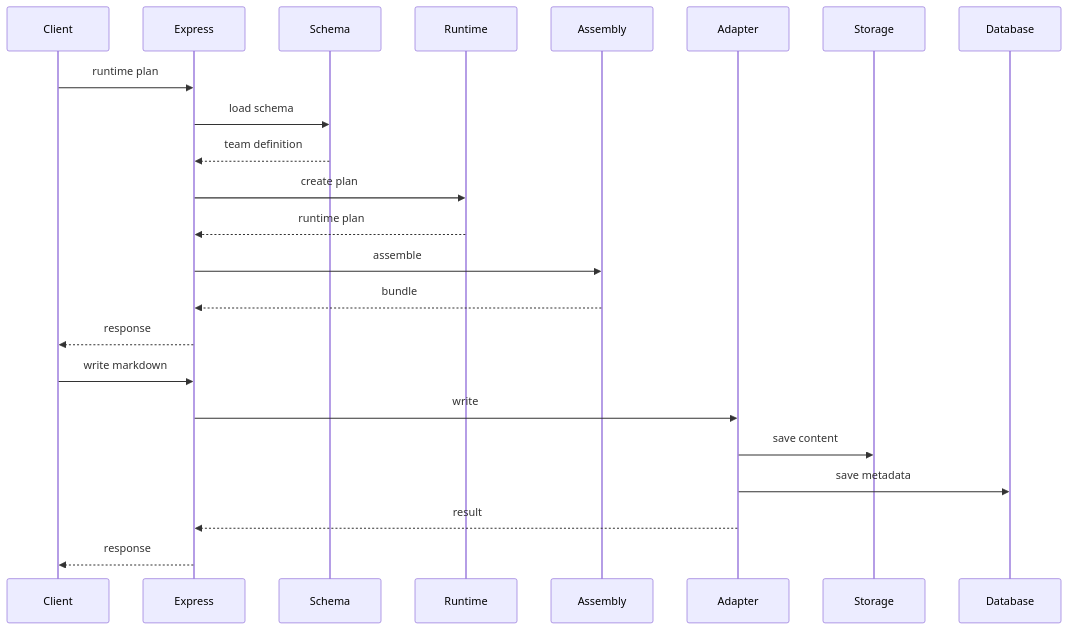
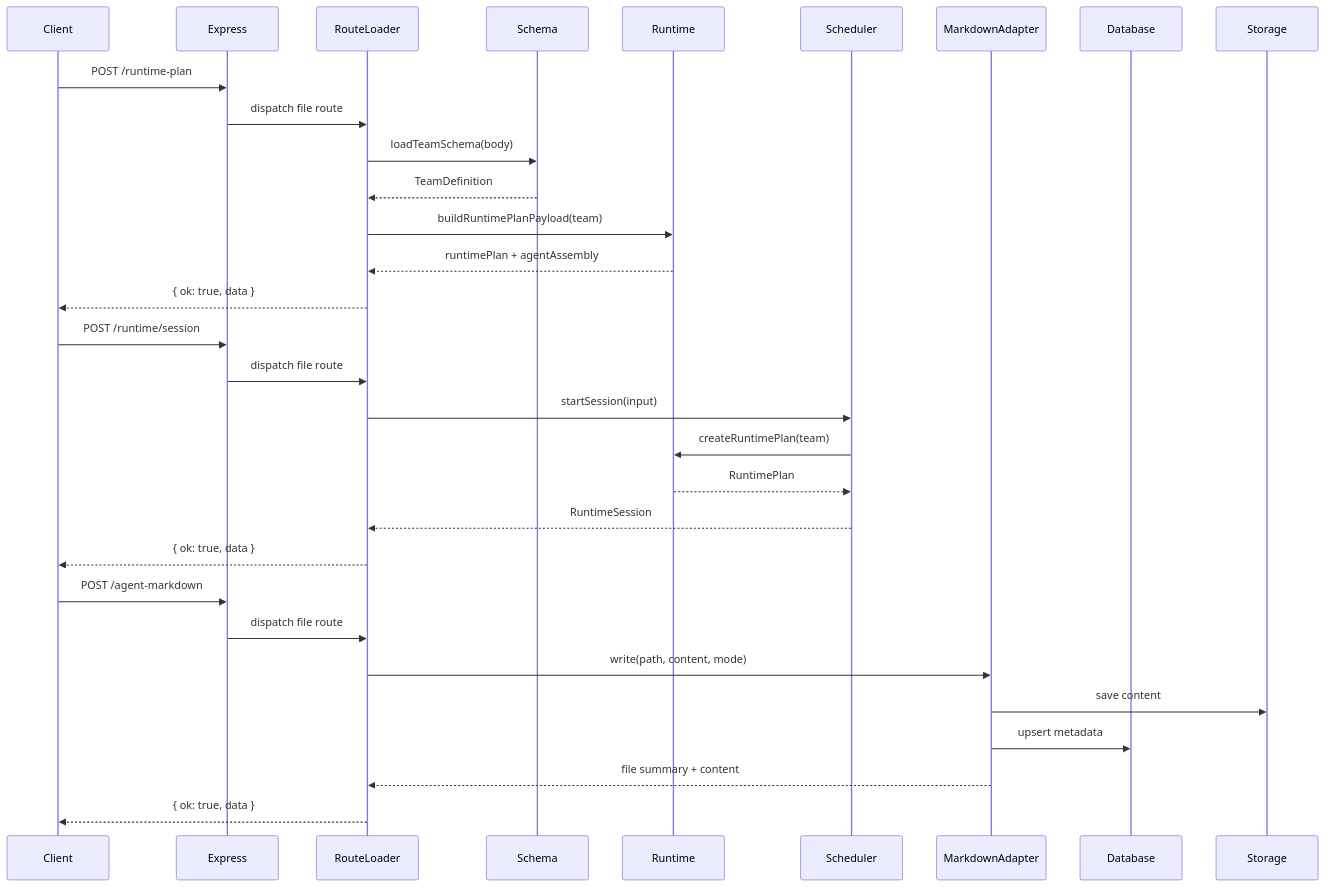
One commit to sadofriod/agent-company changed the second of 2 diagrams in docs/implementation/09-service-architecture-overview.md. Above: the diagram before and after it, drawn with Mermaid. The commit also changed other lines of this file and 60 other files, not shown here.

````diff
--- a/docs/implementation/09-service-architecture-overview.md
+++ b/docs/implementation/09-service-architecture-overview.md
@@ -38,27 +44,36 @@
 ```mermaid
 sequenceDiagram
   participant Client
   participant Express
+  participant RouteLoader
   participant Schema
   participant Runtime
-  participant Assembly
-  participant Adapter
+  participant Scheduler
+  participant MarkdownAdapter
+  participant Database
   participant Storage
-  participant Database
 
-  Client->>Express: runtime plan
-  Express->>Schema: load schema
-  Schema-->>Express: team definition
-  Express->>Runtime: create plan
-  Runtime-->>Express: runtime plan
-  Express->>Assembly: assemble
-  Assembly-->>Express: bundle
-  Express-->>Client: response
+  Client->>Express: POST /runtime-plan
+  Express->>RouteLoader: dispatch file route
+  RouteLoader->>Schema: loadTeamSchema(body)
+  Schema-->>RouteLoader: TeamDefinition
+  RouteLoader->>Runtime: buildRuntimePlanPayload(team)
+  Runtime-->>RouteLoader: runtimePlan + agentAssembly
+  RouteLoader-->>Client: { ok: true, data }
 
-  Client->>Express: write markdown
-  Express->>Adapter: write
-  Adapter->>Storage: save content
-  Adapter->>Database: save metadata
-  Adapter-->>Express: result
-  Express-->>Client: response
+  Client->>Express: POST /runtime/session
+  Express->>RouteLoader: dispatch file route
+  RouteLoader->>Scheduler: startSession(input)
+  Scheduler->>Runtime: createRuntimePlan(team)
+  Runtime-->>Scheduler: RuntimePlan
+  Scheduler-->>RouteLoader: RuntimeSession
+  RouteLoader-->>Client: { ok: true, data }
+
+  Client->>Express: POST /agent-markdown
+  Express->>RouteLoader: dispatch file route
+  RouteLoader->>MarkdownAdapter: write(path, content, mode)
+  MarkdownAdapter->>Storage: save content
+  MarkdownAdapter->>Database: upsert metadata
+  MarkdownAdapter-->>RouteLoader: file summary + content
+  RouteLoader-->>Client: { ok: true, data }
 ```
````
